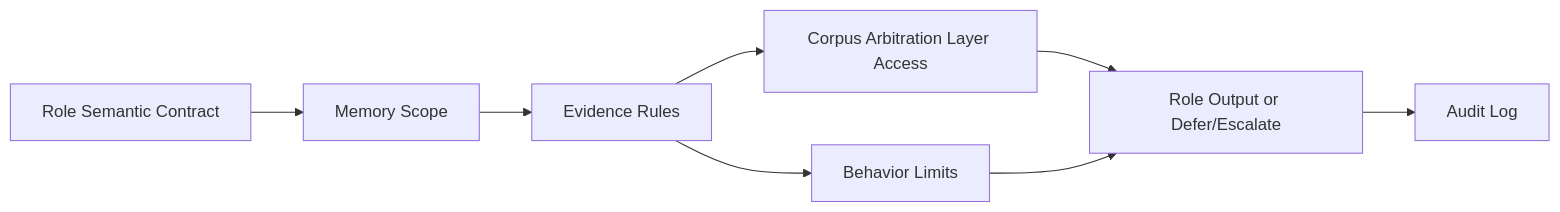
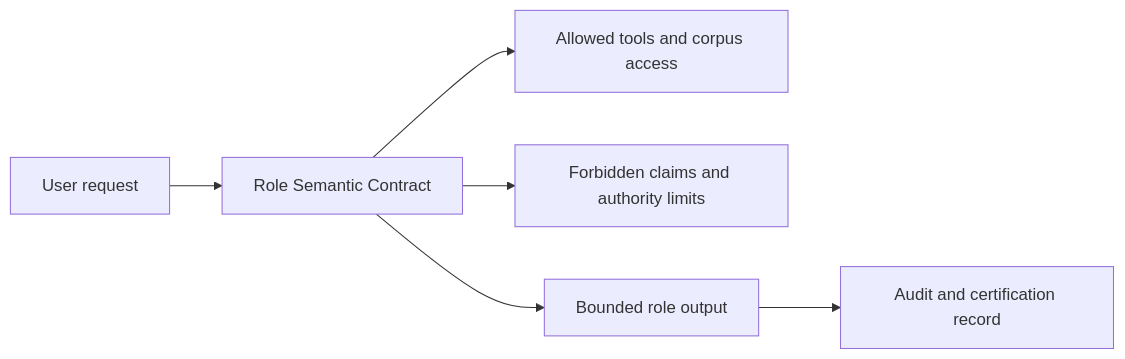
Before and after one commit to robert-kurcina/vault-age: the diagram in 50_Role_Service_and_Actors/WP_05_Role_Service_Actors_and_Role_Semantic_Contracts.md, drawn with Mermaid. The commit also changed other lines of this file and 21 other files, not shown here.

````diff
--- a/50_Role_Service_and_Actors/WP_05_Role_Service_Actors_and_Role_Semantic_Contracts.md
+++ b/50_Role_Service_and_Actors/WP_05_Role_Service_Actors_and_Role_Semantic_Contracts.md
@@ -23,10 +21,8 @@
 ```mermaid
 flowchart LR
-    A[Role Semantic Contract] --> B[Memory Scope]
-    B --> C[Evidence Rules]
-    C --> D[Behavior Limits]
-    C --> E[Corpus Arbitration Layer Access]
-    E --> F[Role Output or Defer/Escalate]
-    D --> F
-    F --> G[Audit Log]
+    User[User request] --> Role[Role Semantic Contract]
+    Role --> Tools[Allowed tools and corpus access]
+    Role --> Limits[Forbidden claims and authority limits]
+    Role --> Output[Bounded role output]
+    Output --> Audit[Audit and certification record]
 ```
````
